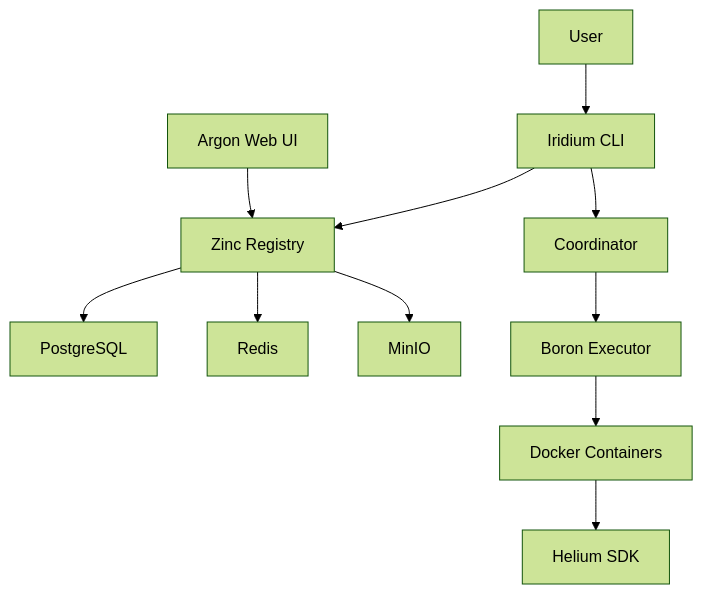
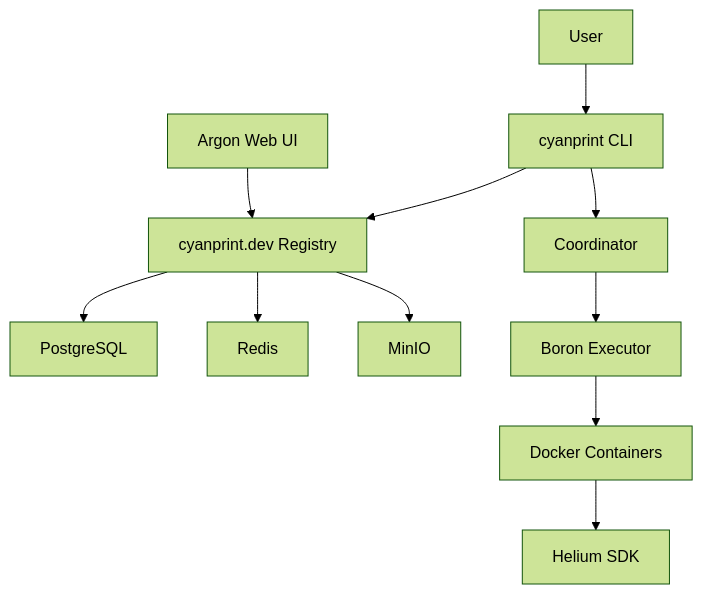
The diagram in spec/CU-86et8z80y/plans/phase-1.md (AtomiCloud/sulfone.silicon), drawn with Mermaid (forest theme) before and after one commit. The commit also changed other lines of this file and 3 other files, not shown here.

````diff
--- a/spec/CU-86et8z80y/plans/phase-1.md
+++ b/spec/CU-86et8z80y/plans/phase-1.md
@@ -28,13 +36,13 @@
 ```mermaid
 graph TD
-    A[User] --> B[Iridium CLI]
-    B --> C[Zinc Registry]
+    A[User] --> B[cyanprint CLI]
+    B --> C[cyanprint.dev Registry]
     C --> D[PostgreSQL]
     C --> E[Redis]
     C --> F[MinIO]
     B --> G[Coordinator]
     G --> H[Boron Executor]
     H --> I[Docker Containers]
     I --> J[Helium SDK]
     K[Argon Web UI] --> C
 ```
````
